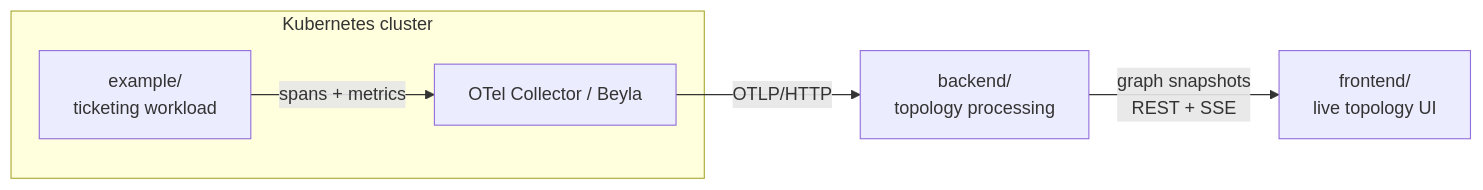
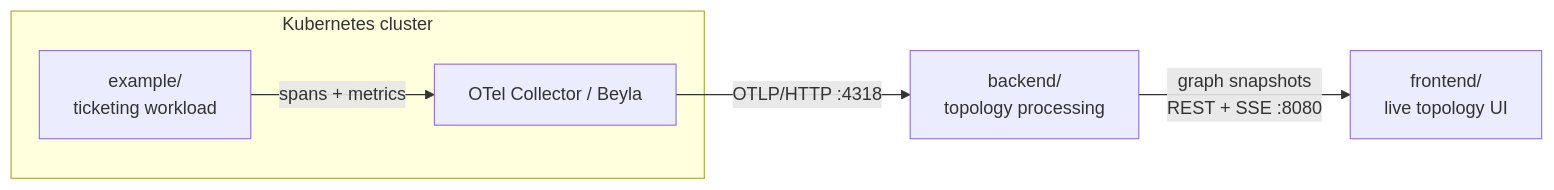
The diagram in README.md (AL1ve1T/kubevisor), drawn with Mermaid before and after one commit. The commit also changed other lines of this file and 34 other files, not shown here.

````diff
--- a/README.md
+++ b/README.md
@@ -22,10 +22,10 @@
 ```mermaid
 flowchart LR
     subgraph cluster["Kubernetes cluster"]
         ex["example/<br/>ticketing workload"]
         otel["OTel Collector / Beyla"]
         ex -->|spans + metrics| otel
     end
-    otel -->|OTLP/HTTP| be["backend/<br/>topology processing"]
-    be -->|graph snapshots<br/>REST + SSE| fe["frontend/<br/>live topology UI"]
+    otel -->|"OTLP/HTTP :4318"| be["backend/<br/>topology processing"]
+    be -->|"graph snapshots<br/>REST + SSE :8080"| fe["frontend/<br/>live topology UI"]
 ```
````
